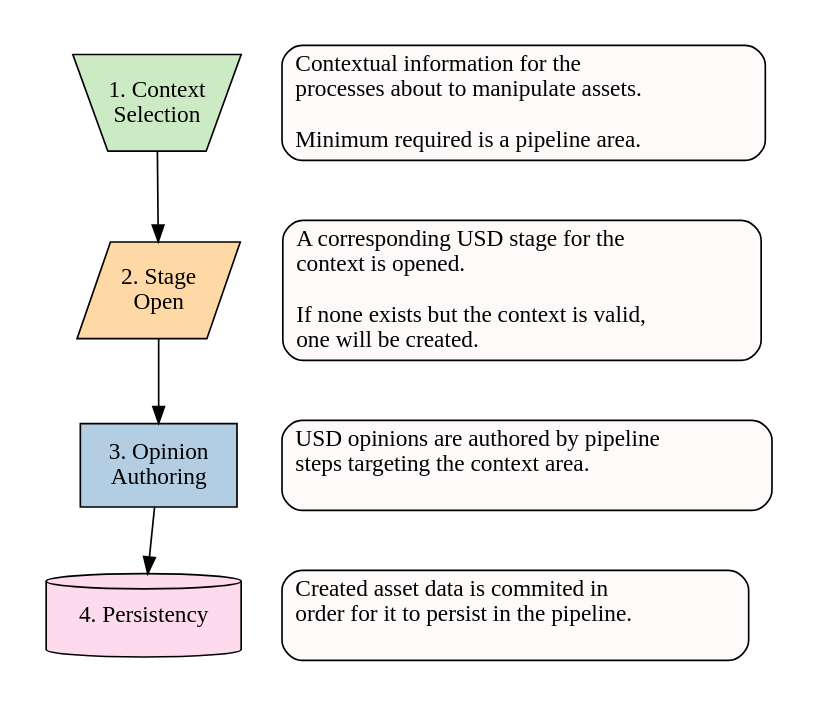
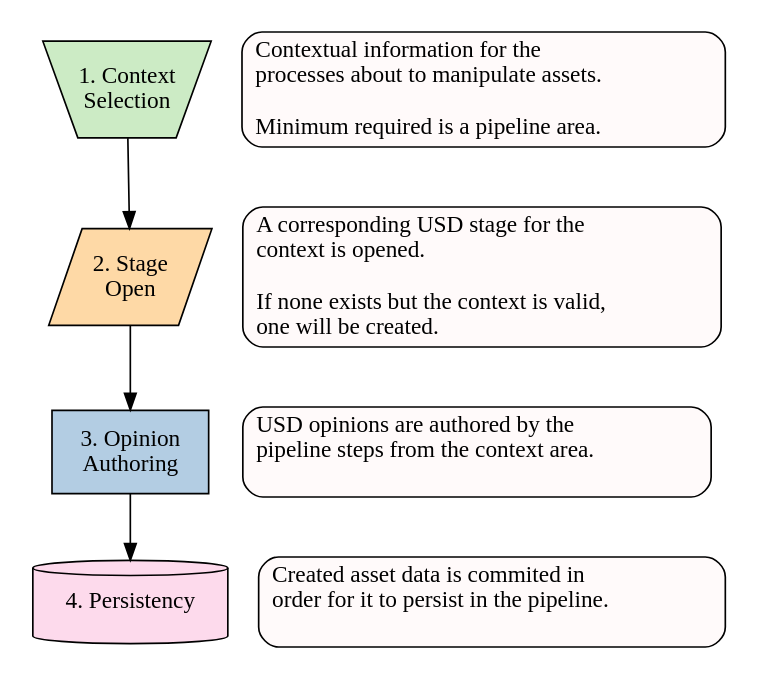
The diagram in docs/source/data_creation.dot (thegrill/grill), drawn with Graphviz before and after one commit. The commit also changed 1 other file, not shown here.

Commit message:
cluster margin

```diff
--- a/docs/source/data_creation.dot
+++ b/docs/source/data_creation.dot
@@ -1,30 +1,30 @@
 digraph data_creation {
     bgcolor=invis
     newrank=true
     subgraph cluster_steps {
-        color=invis
+        color=invis margin=0
         node [colorscheme=pastel19 style=filled]
         context [shape=invtrapezium fillcolor=3 label="1. Context\nSelection" height=.8 width=1.4 fixedsize=true]
         stage [shape=parallelogram label="2. Stage\nOpen" height=.8 width=1.3 fillcolor=5 fixedsize=true]
         opinion [shape=box label="3. Opinion\nAuthoring" height=0.7 width=1.3 fillcolor=2]
         persistency [shape=cylinder label="4. Persistency" height=0.7 width=1.2 fillcolor=8]
         context -> stage -> opinion -> persistency
     }
     subgraph cluster_descriptions{
-        color=invis
+        color=invis margin=0
         node [shape=box style="rounded,filled" fillcolor=snow]
         context_description stage_description opinion_description persistency_description
         context_description [label="Contextual information for the\lprocesses about to manipulate assets.\l\lMinimum required is a pipeline area.\l"]
         stage_description [label="A corresponding USD stage for the\lcontext is opened.\l\lIf none exists but the context is valid,\lone will be created.\l"]
-        opinion_description [label="USD opinions are authored by pipeline\lsteps targeting the context area.\l\l"]
+        opinion_description [label="USD opinions are authored by the\lpipeline steps from the context area.\l\l"]
         persistency_description [label="Created asset data is commited in\lorder for it to persist in the pipeline.\l\l"]
     }
     context -> context_description [style=invis]
     {rank=same context context_description}
     stage -> stage_description [style=invis]
     {rank=same stage stage_description}
     opinion -> opinion_description [style=invis]
     {rank=same opinion opinion_description}
     persistency -> persistency_description [style=invis]
     {rank=same persistency persistency_description}
 }
```
